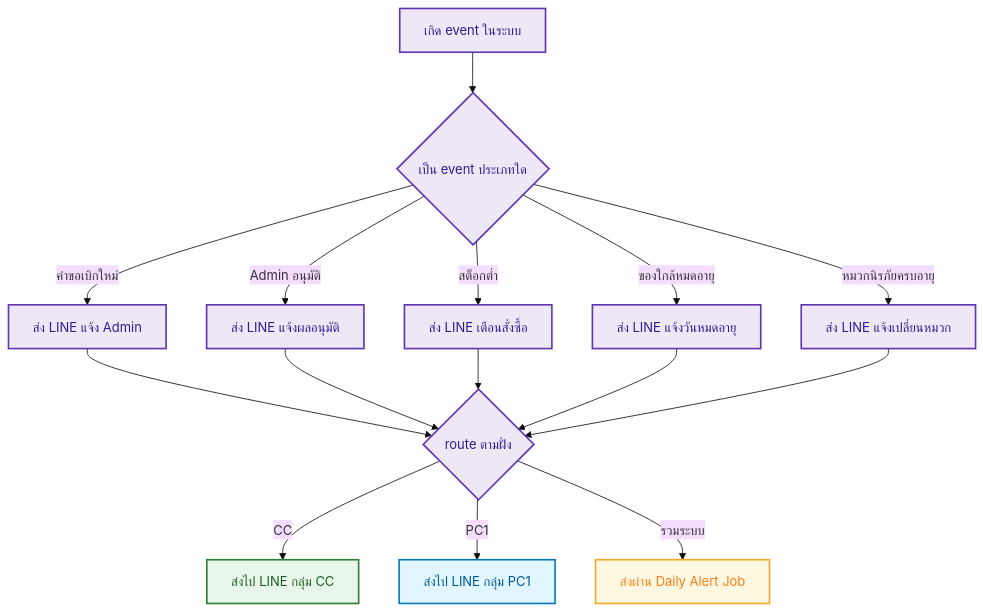
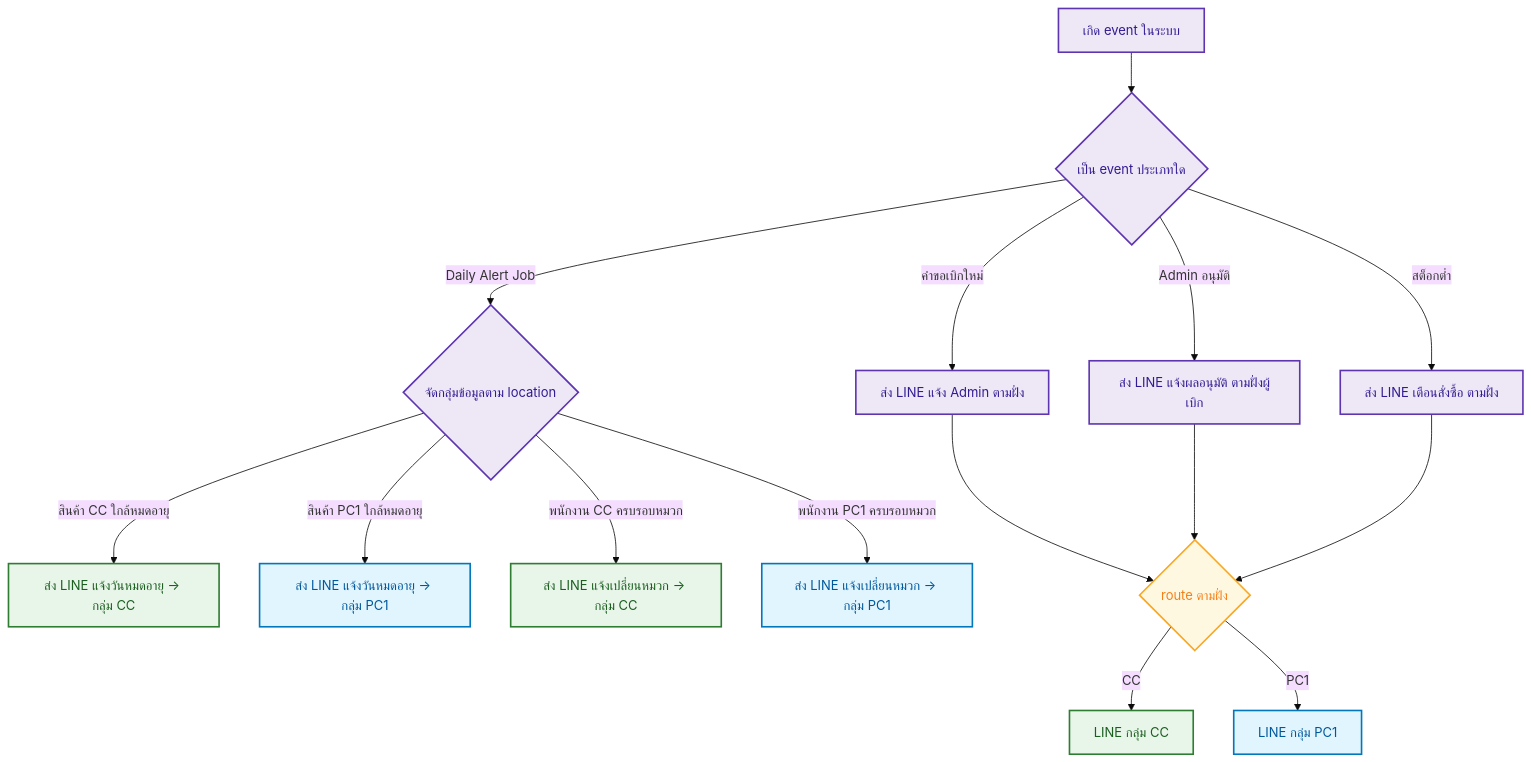
The fifth of 5 diagrams in my_factory_app/FLOW_DIAGRAM.md (SATTARNEDS/Stock_PCM), drawn with Mermaid (base theme) before and after one commit. The commit also changed other lines of this file and 18 other files, not shown here.

````diff
--- a/my_factory_app/FLOW_DIAGRAM.md
+++ b/my_factory_app/FLOW_DIAGRAM.md
@@ -227,30 +239,30 @@
 ```mermaid
 flowchart TD
     A[เกิด event ในระบบ] --> B{เป็น event ประเภทใด}
 
-    B -->|คำขอเบิกใหม่| C[ส่ง LINE แจ้ง Admin]
-    B -->|Admin อนุมัติ| D[ส่ง LINE แจ้งผลอนุมัติ]
-    B -->|สต็อกต่ำ| E[ส่ง LINE เตือนสั่งซื้อ]
-    B -->|ของใกล้หมดอายุ| F[ส่ง LINE แจ้งวันหมดอายุ]
-    B -->|หมวกนิรภัยครบอายุ| G[ส่ง LINE แจ้งเปลี่ยนหมวก]
+    B -->|คำขอเบิกใหม่| C[ส่ง LINE แจ้ง Admin ตามฝั่ง]
+    B -->|Admin อนุมัติ| D[ส่ง LINE แจ้งผลอนุมัติ ตามฝั่งผู้เบิก]
+    B -->|สต็อกต่ำ| E[ส่ง LINE เตือนสั่งซื้อ ตามฝั่ง]
+    B -->|Daily Alert Job| F{จัดกลุ่มข้อมูลตาม location}
 
-    C --> H{route ตามฝั่ง}
-    D --> H
-    E --> H
-    F --> H
-    G --> H
+    F -->|สินค้า CC ใกล้หมดอายุ| G[ส่ง LINE แจ้งวันหมดอายุ → กลุ่ม CC]
+    F -->|สินค้า PC1 ใกล้หมดอายุ| H[ส่ง LINE แจ้งวันหมดอายุ → กลุ่ม PC1]
+    F -->|พนักงาน CC ครบรอบหมวก| I[ส่ง LINE แจ้งเปลี่ยนหมวก → กลุ่ม CC]
+    F -->|พนักงาน PC1 ครบรอบหมวก| J[ส่ง LINE แจ้งเปลี่ยนหมวก → กลุ่ม PC1]
 
-    H -->|CC| I[ส่งไป LINE กลุ่ม CC]
-    H -->|PC1| J[ส่งไป LINE กลุ่ม PC1]
-    H -->|รวมระบบ| K[ส่งผ่าน Daily Alert Job]
+    C --> K{route ตามฝั่ง}
+    D --> K
+    E --> K
+    K -->|CC| L[LINE กลุ่ม CC]
+    K -->|PC1| M[LINE กลุ่ม PC1]
 
     classDef event fill:#EDE7F6,stroke:#5E35B1,color:#311B92,stroke-width:2px;
     classDef linecc fill:#E8F5E9,stroke:#2E7D32,color:#1B5E20,stroke-width:2px;
     classDef linepc1 fill:#E1F5FE,stroke:#0277BD,color:#01579B,stroke-width:2px;
     classDef schedule fill:#FFF8E1,stroke:#F9A825,color:#F57F17,stroke-width:2px;
 
-    class A,B,C,D,E,F,G,H event;
-    class I linecc;
-    class J linepc1;
+    class A,B,C,D,E,F event;
+    class G,I,L linecc;
+    class H,J,M linepc1;
     class K schedule;
 ```
````
